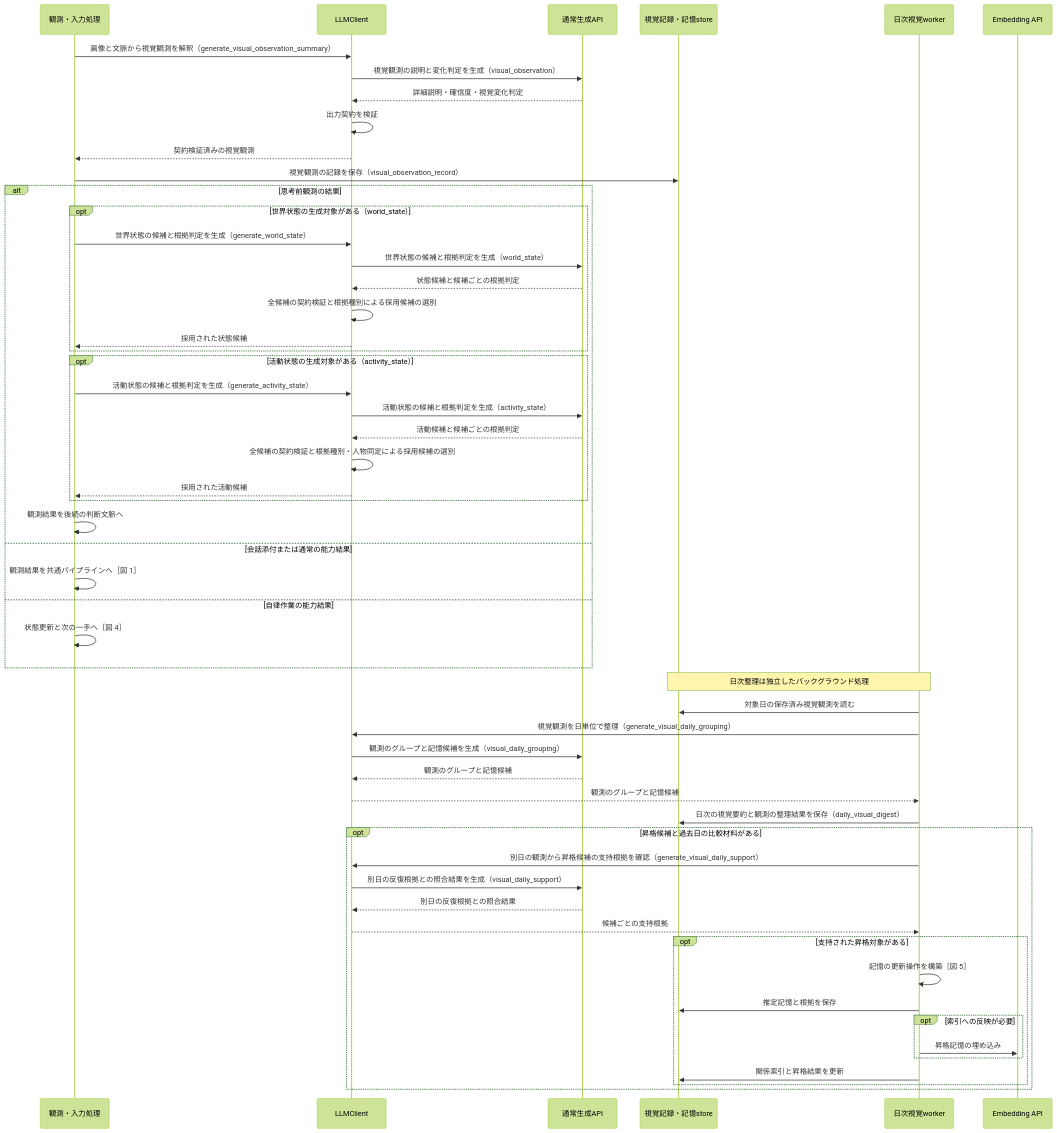
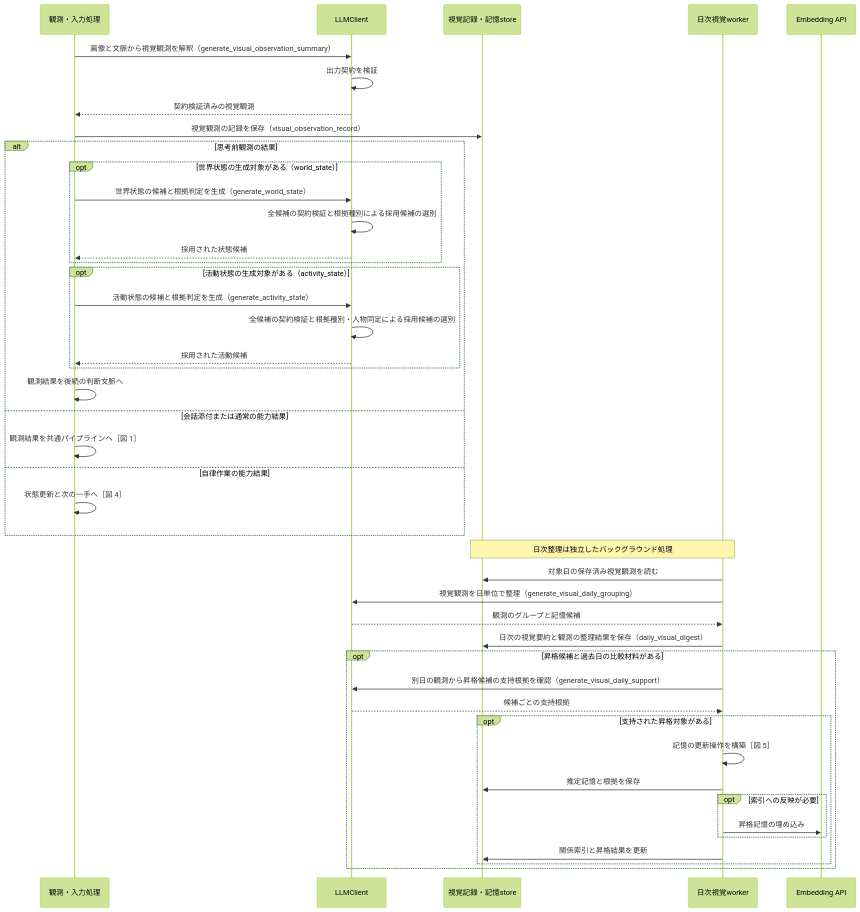
One commit to hirona98/OtomeKairo changed the sixth of 6 diagrams in docs/design/llm/LLM呼び出しシーケンス.md. Above: the diagram before and after it, drawn with Mermaid (forest theme). The commit also changed other lines of this file, not shown here.

Commit message:
シーケンス図の通常生成APIをLLMClientへ統合

````diff
--- a/docs/design/llm/LLM呼び出しシーケンス.md
+++ b/docs/design/llm/LLM呼び出しシーケンス.md
@@ -419,58 +402,47 @@
 ```mermaid
 sequenceDiagram
     participant C as 観測・入力処理
     participant L as LLMClient
-    participant G as 通常生成API
     participant S as 視覚記録・記憶store
     participant W as 日次視覚worker
     participant E as Embedding API
 
     C->>L: 画像と文脈から視覚観測を解釈（generate_visual_observation_summary）
-    L->>G: 視覚観測の説明と変化判定を生成（visual_observation）
-    G-->>L: 詳細説明・確信度・視覚変化判定
     L->>L: 出力契約を検証
     L-->>C: 契約検証済みの視覚観測
     C->>S: 視覚観測の記録を保存（visual_observation_record）
     alt 思考前観測の結果
         opt 世界状態の生成対象がある（world_state）
             C->>L: 世界状態の候補と根拠判定を生成（generate_world_state）
-            L->>G: 世界状態の候補と根拠判定を生成（world_state）
-            G-->>L: 状態候補と候補ごとの根拠判定
             L->>L: 全候補の契約検証と根拠種別による採用候補の選別
             L-->>C: 採用された状態候補
         end
         opt 活動状態の生成対象がある（activity_state）
             C->>L: 活動状態の候補と根拠判定を生成（generate_activity_state）
-            L->>G: 活動状態の候補と根拠判定を生成（activity_state）
-            G-->>L: 活動候補と候補ごとの根拠判定
             L->>L: 全候補の契約検証と根拠種別・人物同定による採用候補の選別
             L-->>C: 採用された活動候補
         end
         C->>C: 観測結果を後続の判断文脈へ
     else 会話添付または通常の能力結果
         C->>C: 観測結果を共通パイプラインへ［図 1］
     else 自律作業の能力結果
         C->>C: 状態更新と次の一手へ［図 4］
     end
     Note over S,W: 日次整理は独立したバックグラウンド処理
     W->>S: 対象日の保存済み視覚観測を読む
     W->>L: 視覚観測を日単位で整理（generate_visual_daily_grouping）
-    L->>G: 観測のグループと記憶候補を生成（visual_daily_grouping）
-    G-->>L: 観測のグループと記憶候補
     L-->>W: 観測のグループと記憶候補
     W->>S: 日次の視覚要約と観測の整理結果を保存（daily_visual_digest）
     opt 昇格候補と過去日の比較材料がある
         W->>L: 別日の観測から昇格候補の支持根拠を確認（generate_visual_daily_support）
-        L->>G: 別日の反復根拠との照合結果を生成（visual_daily_support）
-        G-->>L: 別日の反復根拠との照合結果
         L-->>W: 候補ごとの支持根拠
         opt 支持された昇格対象がある
             W->>W: 記憶の更新操作を構築［図 5］
             W->>S: 推定記憶と根拠を保存
             opt 索引への反映が必要
                 W->>E: 昇格記憶の埋め込み
             end
             W->>S: 関係索引と昇格結果を更新
         end
     end
 ```
````
